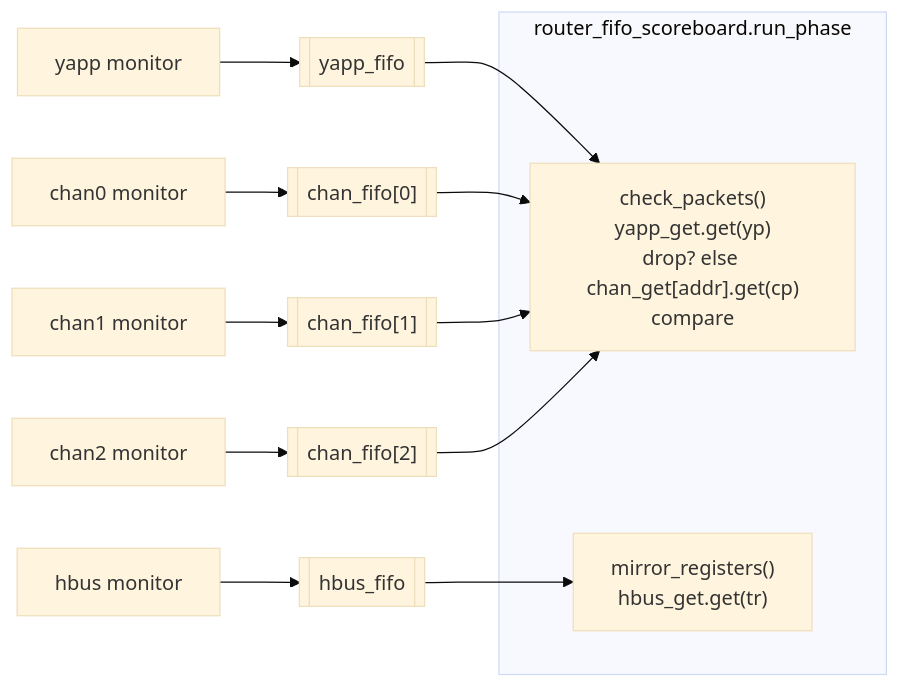
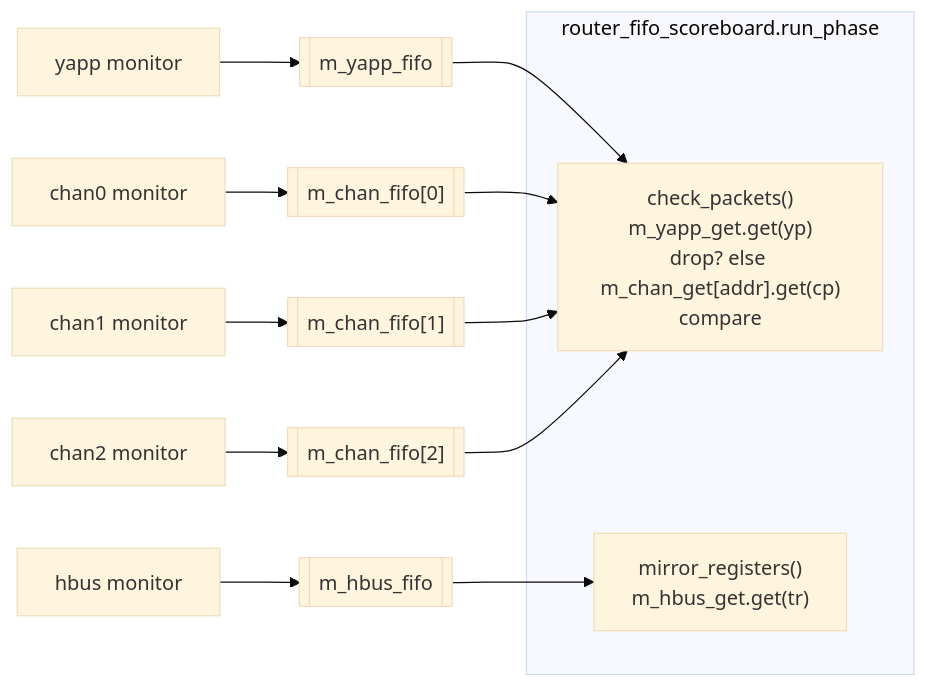
Before and after one commit to tamirgabgab/Qcom-Mentoring: the diagram in docs/labs/lab09d.md, drawn with Mermaid (base theme). The commit also changed 83 other files, not shown here.

First line of the commit message:
Site diagrams use the code's variable names

````diff
--- a/docs/labs/lab09d.md
+++ b/docs/labs/lab09d.md
@@ -18,15 +18,15 @@
 ```mermaid
 flowchart LR
-    Y["yapp monitor"] --> YF[["yapp_fifo"]]
-    H["hbus monitor"] --> HF[["hbus_fifo"]]
-    C0["chan0 monitor"] --> F0[["chan_fifo[0]"]]
-    C1["chan1 monitor"] --> F1[["chan_fifo[1]"]]
-    C2["chan2 monitor"] --> F2[["chan_fifo[2]"]]
+    Y["yapp monitor"] --> YF[["m_yapp_fifo"]]
+    H["hbus monitor"] --> HF[["m_hbus_fifo"]]
+    C0["chan0 monitor"] --> F0[["m_chan_fifo[0]"]]
+    C1["chan1 monitor"] --> F1[["m_chan_fifo[1]"]]
+    C2["chan2 monitor"] --> F2[["m_chan_fifo[2]"]]
     subgraph SB["router_fifo_scoreboard.run_phase"]
-        P1["check_packets()<br/>yapp_get.get(yp)<br/>drop? else chan_get[addr].get(cp)<br/>compare"]
-        P2["mirror_registers()<br/>hbus_get.get(tr)"]
+        P1["check_packets()<br/>m_yapp_get.get(yp)<br/>drop? else m_chan_get[addr].get(cp)<br/>compare"]
+        P2["mirror_registers()<br/>m_hbus_get.get(tr)"]
     end
     YF --> P1
     F0 & F1 & F2 --> P1
     HF --> P2
 ```
````
